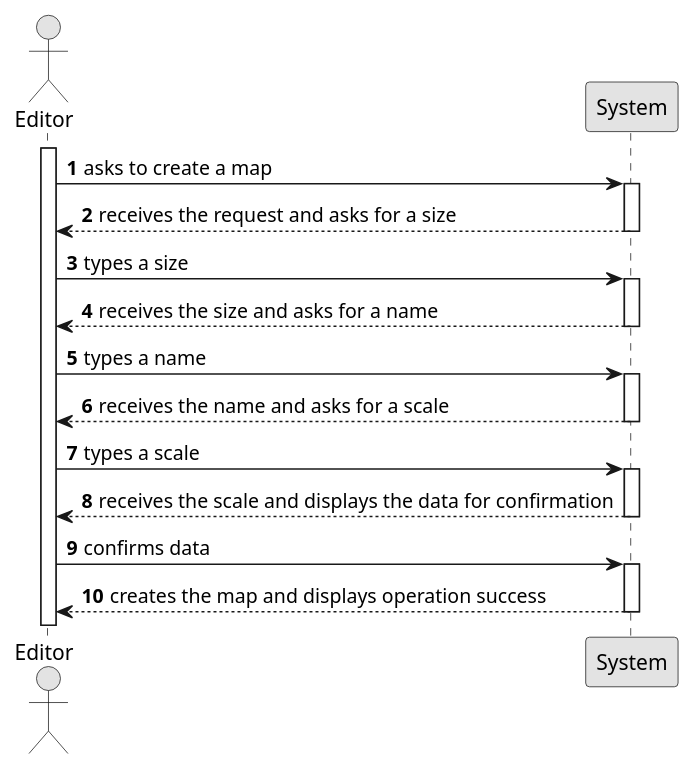
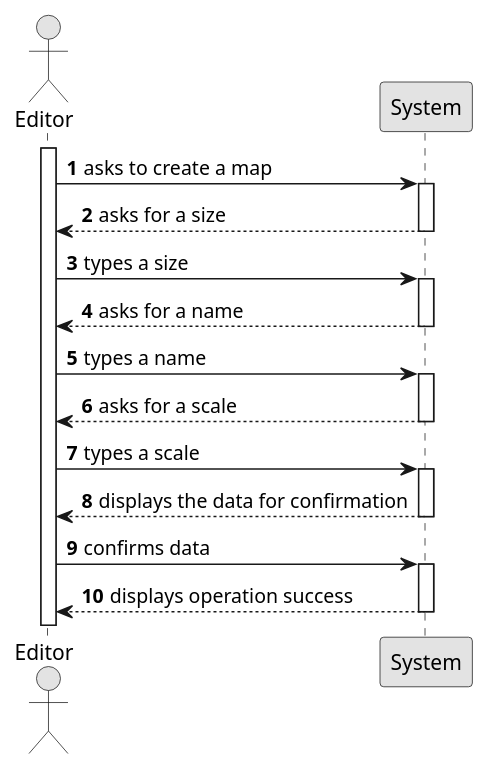
Before and after one commit to 1240935/pi2-railway-simulator: the diagram in Sprint3/US001/01.requirements-engineering/puml/US001-SSD.puml, drawn with PlantUML. The commit also changed 8 other files, not shown here.

```diff
--- a/Sprint3/US001/01.requirements-engineering/puml/US001-SSD.puml
+++ b/Sprint3/US001/01.requirements-engineering/puml/US001-SSD.puml
@@ -1,45 +1,45 @@
 @startuml
 skinparam monochrome true
 skinparam packageStyle rectangle
 skinparam shadowing false
 
 autonumber
 
 actor "Editor" as Editor
 participant "System" as System
 
 activate Editor
 
     Editor -> System : asks to create a map
     activate System
 
-        System --> Editor : receives the request and asks for a size
+        System --> Editor : asks for a size
     deactivate System
 
     Editor -> System : types a size
     activate System
 
-        System --> Editor : receives the size and asks for a name
+        System --> Editor : asks for a name
     deactivate System
 
     Editor -> System : types a name
     activate System
 
-    System --> Editor : receives the name and asks for a scale
+    System --> Editor : asks for a scale
             deactivate System
 
     Editor -> System : types a scale
              activate System
 
-    System --> Editor : receives the scale and displays the data for confirmation
+    System --> Editor : displays the data for confirmation
              deactivate System
 
     Editor -> System : confirms data
 
     activate System
 
-        System --> Editor : creates the map and displays operation success
+        System --> Editor : displays operation success
     deactivate System
 
 
 @enduml
```
